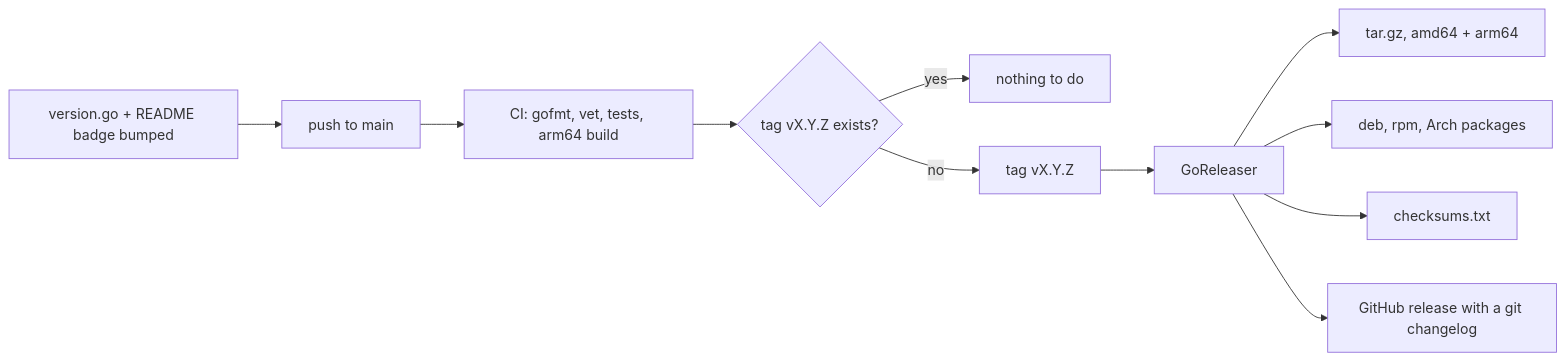
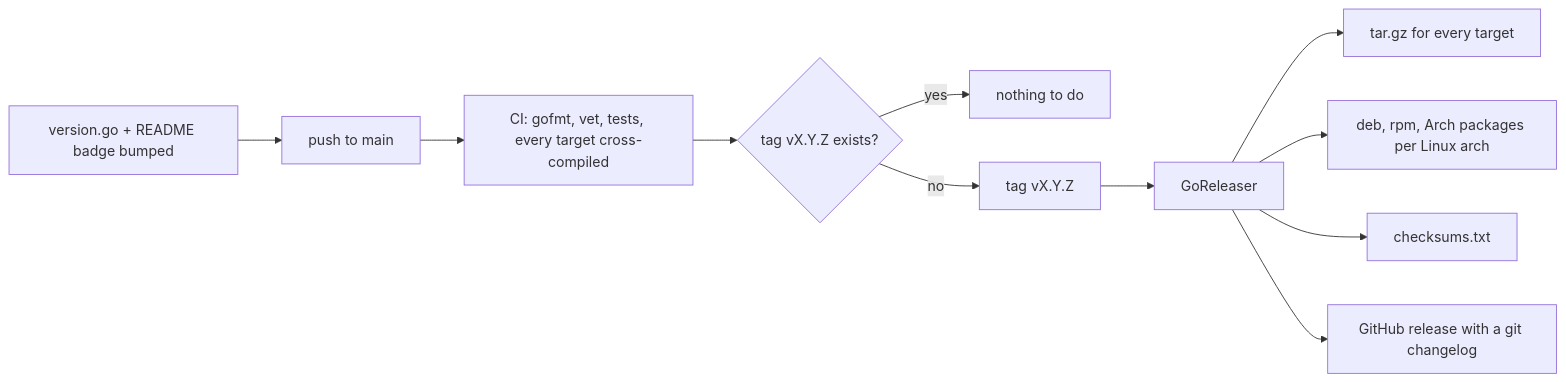
One commit to xuedi/dragon-dash changed the first of 2 diagrams in docs/deployment.md. Above: the diagram before and after it, drawn with Mermaid. The commit also changed other lines of this file and 4 other files, not shown here.

````diff
--- a/docs/deployment.md
+++ b/docs/deployment.md
@@ -29,13 +29,13 @@
 ```mermaid
 flowchart LR
     A[version.go + README badge bumped] --> B[push to main]
-    B --> C[CI: gofmt, vet, tests, arm64 build]
+    B --> C[CI: gofmt, vet, tests, every target cross-compiled]
     C --> D{tag vX.Y.Z exists?}
     D -->|yes| E[nothing to do]
     D -->|no| F[tag vX.Y.Z]
     F --> G[GoReleaser]
-    G --> H[tar.gz, amd64 + arm64]
-    G --> I[deb, rpm, Arch packages]
+    G --> H[tar.gz for every target]
+    G --> I[deb, rpm, Arch packages per Linux arch]
     G --> J[checksums.txt]
     G --> K[GitHub release with a git changelog]
 ```
````
